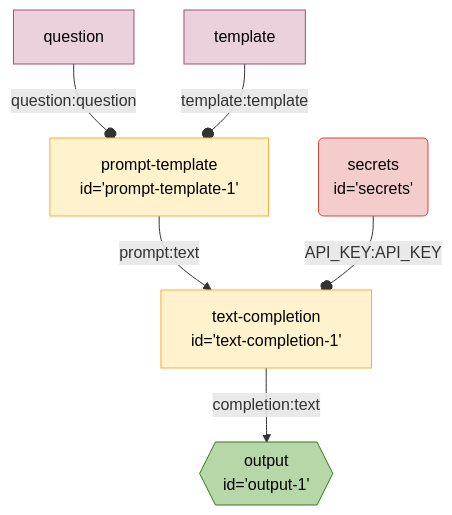
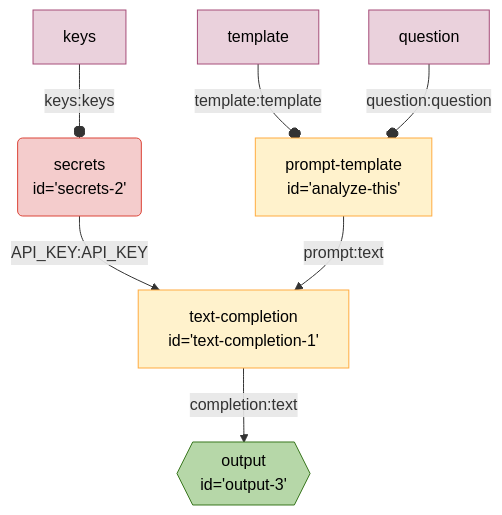
Before and after one commit to breadboard-ai/breadboard: the diagram in seeds/graph-playground/docs/graphs/auto-simple-prompt.md, drawn with Mermaid. The commit also changed other lines of this file and 5 other files, not shown here.

````diff
--- a/seeds/graph-playground/docs/graphs/auto-simple-prompt.md
+++ b/seeds/graph-playground/docs/graphs/auto-simple-prompt.md
@@ -4,23 +6,24 @@
-```mermaid
-%%{init: 'themeVariables': { 'fontFamily': 'Fira Code, monospace' }}%%
+  ```mermaid
+  %%{init: 'themeVariables': { 'fontFamily': 'Fira Code, monospace' }}%%
 graph TD;
-prompttemplate1["prompt-template
-id='prompt-template-1'"] -- prompt:text --> textcompletion1["text-completion
-id='text-completion-1'"]
-secrets("secrets
-id='secrets'"):::secrets -- API_KEY:API_KEY --o textcompletion1["text-completion
+secrets2("secrets
+id='secrets-2'"):::secrets -- API_KEY:API_KEY --> textcompletion1["text-completion
 id='text-completion-1'"]
 textcompletion1["text-completion
-id='text-completion-1'"] -- completion:text --> output1{{"output
-id='output-1'"}}:::output
-questionprompttemplate1[question]:::config -- question:question --o prompttemplate1
-templateprompttemplate1[template]:::config -- template:template --o prompttemplate1
+id='text-completion-1'"] -- completion:text --> output3{{"output
+id='output-3'"}}:::output
+analyzethis["prompt-template
+id='analyze-this'"] -- prompt:text --> textcompletion1["text-completion
+id='text-completion-1'"]
+keyssecrets2[keys]:::config -- keys:keys --o secrets2
+templateanalyzethis[template]:::config -- template:template --o analyzethis
+questionanalyzethis[question]:::config -- question:question --o analyzethis
 classDef default stroke:#ffab40,fill:#fff2ccff,color:#000
 classDef input stroke:#3c78d8,fill:#c9daf8ff,color:#000
 classDef output stroke:#38761d,fill:#b6d7a8ff,color:#000
 classDef passthrough stroke:#a64d79,fill:#ead1dcff,color:#000
 classDef slot stroke:#a64d79,fill:#ead1dcff,color:#000
 classDef config stroke:#a64d79,fill:#ead1dcff,color:#000
 classDef secrets stroke:#db4437,fill:#f4cccc,color:#000
 classDef slotted stroke:#a64d79
-```
+  ```
````
